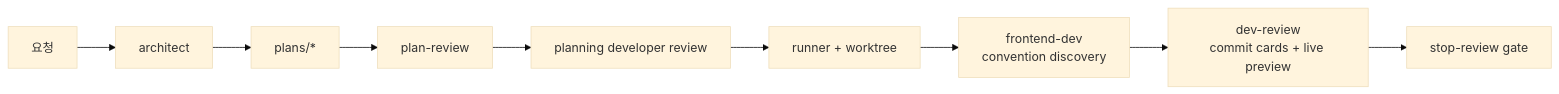
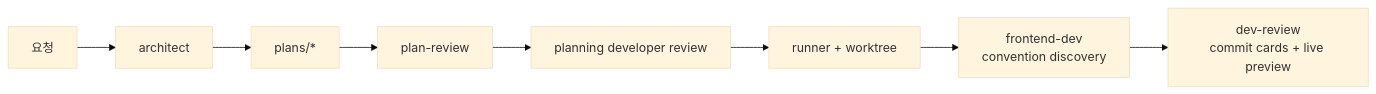
One commit to SeoJaeWan/try-claude-code changed diagram 14 of 14 in docs/claude-code-workflow-evolution.md. Above: the diagram before and after it, drawn with Mermaid (base theme). The commit also changed other lines of this file and 6 other files, not shown here.

First line of the commit message:
docs(develop): align runner skill with single-gate dev-review flow

````diff
--- a/docs/claude-code-workflow-evolution.md
+++ b/docs/claude-code-workflow-evolution.md
@@ -828,14 +827,13 @@
 ```mermaid
 flowchart LR
     U["요청"]
     ARCH["architect"]
     PLAN["plans/*"]
     COLD["plan-review"]
     PLANREV["planning developer review"]
     RUN["runner + worktree"]
     FE["frontend-dev<br/>convention discovery"]
     IMPREV["dev-review<br/>commit cards + live preview"]
-    STOP["stop-review gate"]
 
-    U --> ARCH --> PLAN --> COLD --> PLANREV --> RUN --> FE --> IMPREV --> STOP
+    U --> ARCH --> PLAN --> COLD --> PLANREV --> RUN --> FE --> IMPREV
 ```
````
